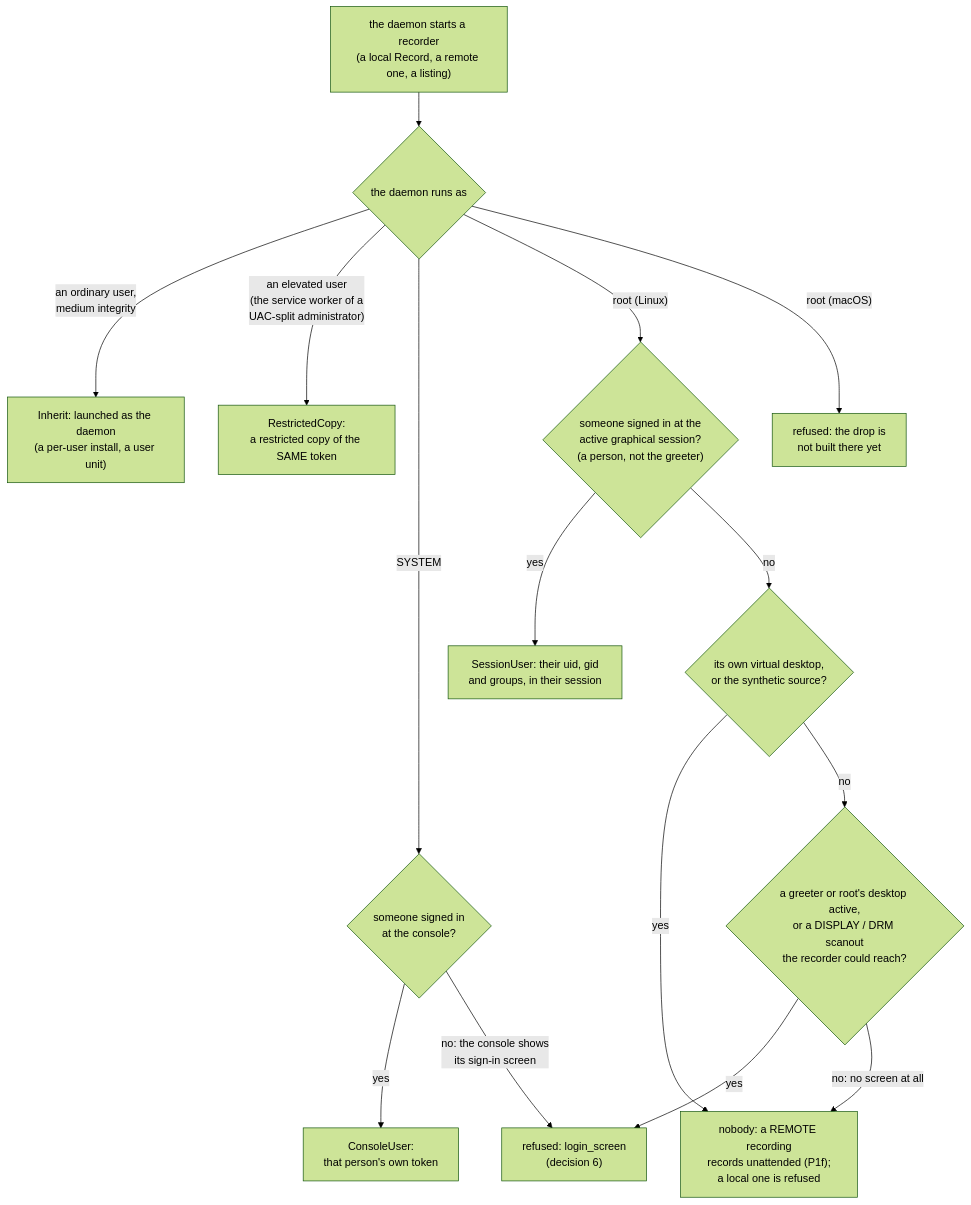
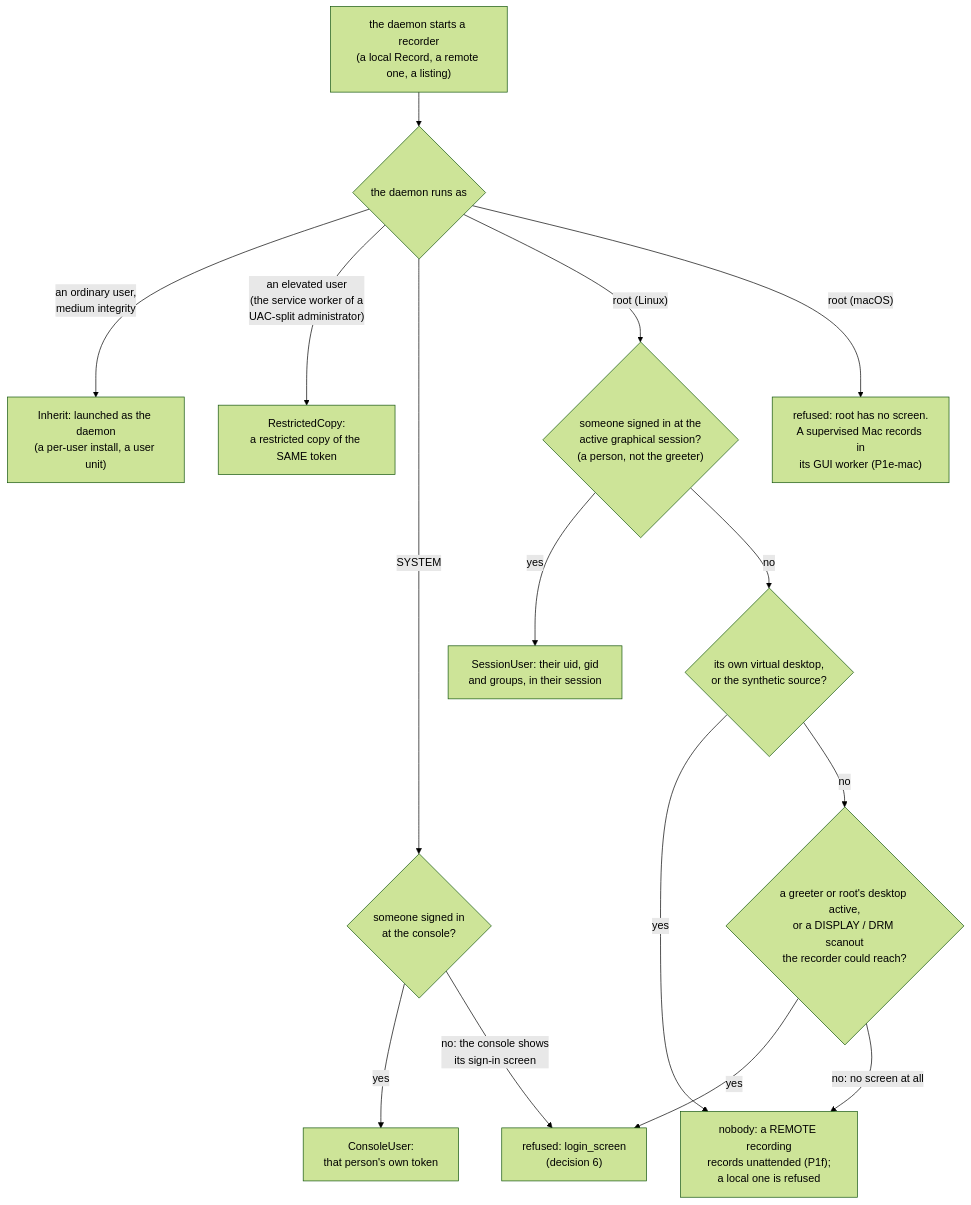
Before and after one commit to gjovanov/roomler-ai: the fifth of 14 diagrams in docs/recording.md, drawn with Mermaid (forest theme). The commit also changed other lines of this file and 6 other files, not shown here.

````diff
--- a/docs/recording.md
+++ b/docs/recording.md
@@ -390,17 +392,17 @@
 ```mermaid
 flowchart TD
     D["the daemon starts a recorder<br/>(a local Record, a remote one, a listing)"] --> S{"the daemon runs as"}
     S -->|"an ordinary user,<br/>medium integrity"| I["Inherit: launched as the daemon<br/>(a per-user install, a user unit)"]
     S -->|"an elevated user<br/>(the service worker of a<br/>UAC-split administrator)"| R["RestrictedCopy:<br/>a restricted copy of the SAME token"]
     S -->|"SYSTEM"| C{"someone signed in<br/>at the console?"}
     C -->|yes| U["ConsoleUser:<br/>that person's own token"]
     C -->|"no: the console shows<br/>its sign-in screen"| LS["refused: login_screen<br/>(decision 6)"]
     S -->|"root (Linux)"| L{"someone signed in at the<br/>active graphical session?<br/>(a person, not the greeter)"}
     L -->|yes| SU["SessionUser: their uid, gid<br/>and groups, in their session"]
     L -->|no| V{"its own virtual desktop,<br/>or the synthetic source?"}
     V -->|yes| N["nobody: a REMOTE recording<br/>records unattended (P1f);<br/>a local one is refused"]
     V -->|no| G{"a greeter or root's desktop active,<br/>or a DISPLAY / DRM scanout<br/>the recorder could reach?"}
     G -->|yes| LS
     G -->|"no: no screen at all"| N
-    S -->|"root (macOS)"| X["refused: the drop is<br/>not built there yet"]
+    S -->|"root (macOS)"| X["refused: root has no screen.<br/>A supervised Mac records in<br/>its GUI worker (P1e-mac)"]
 ```
````
